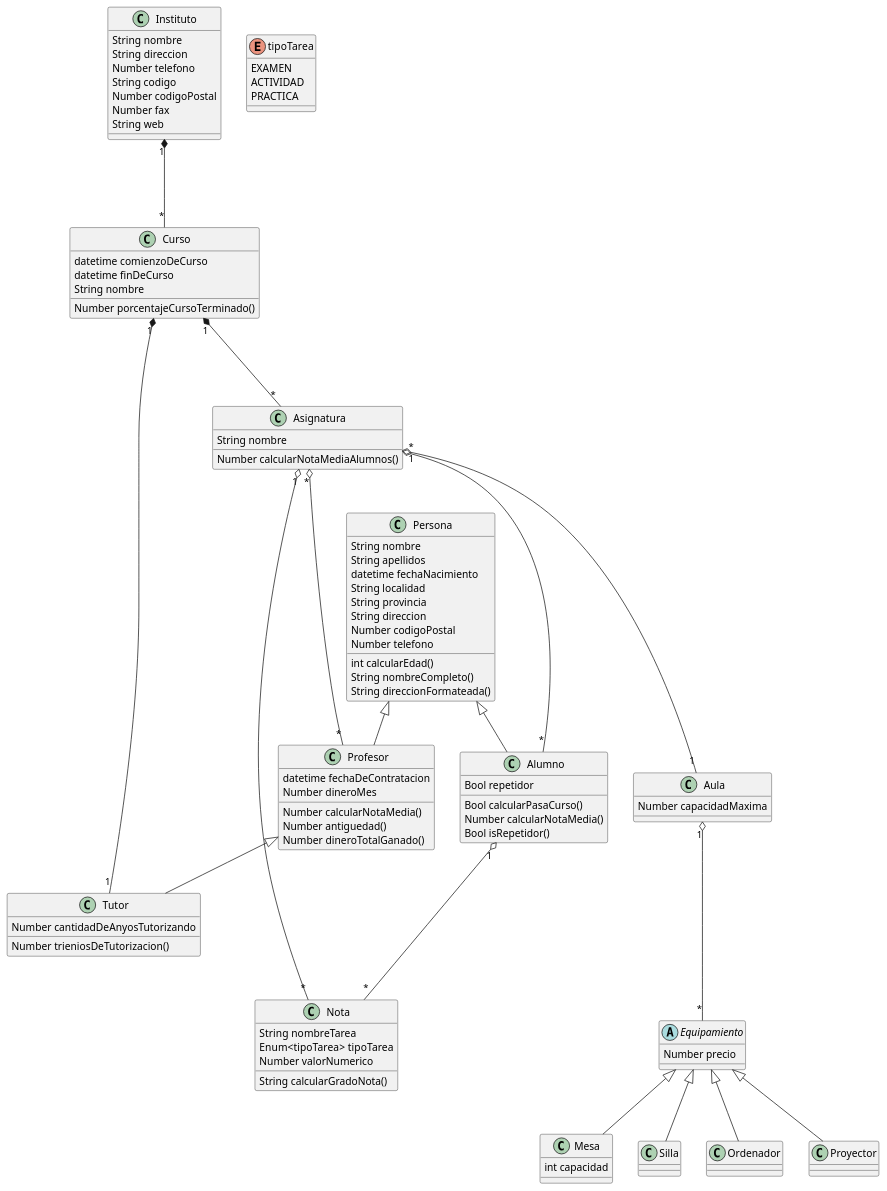
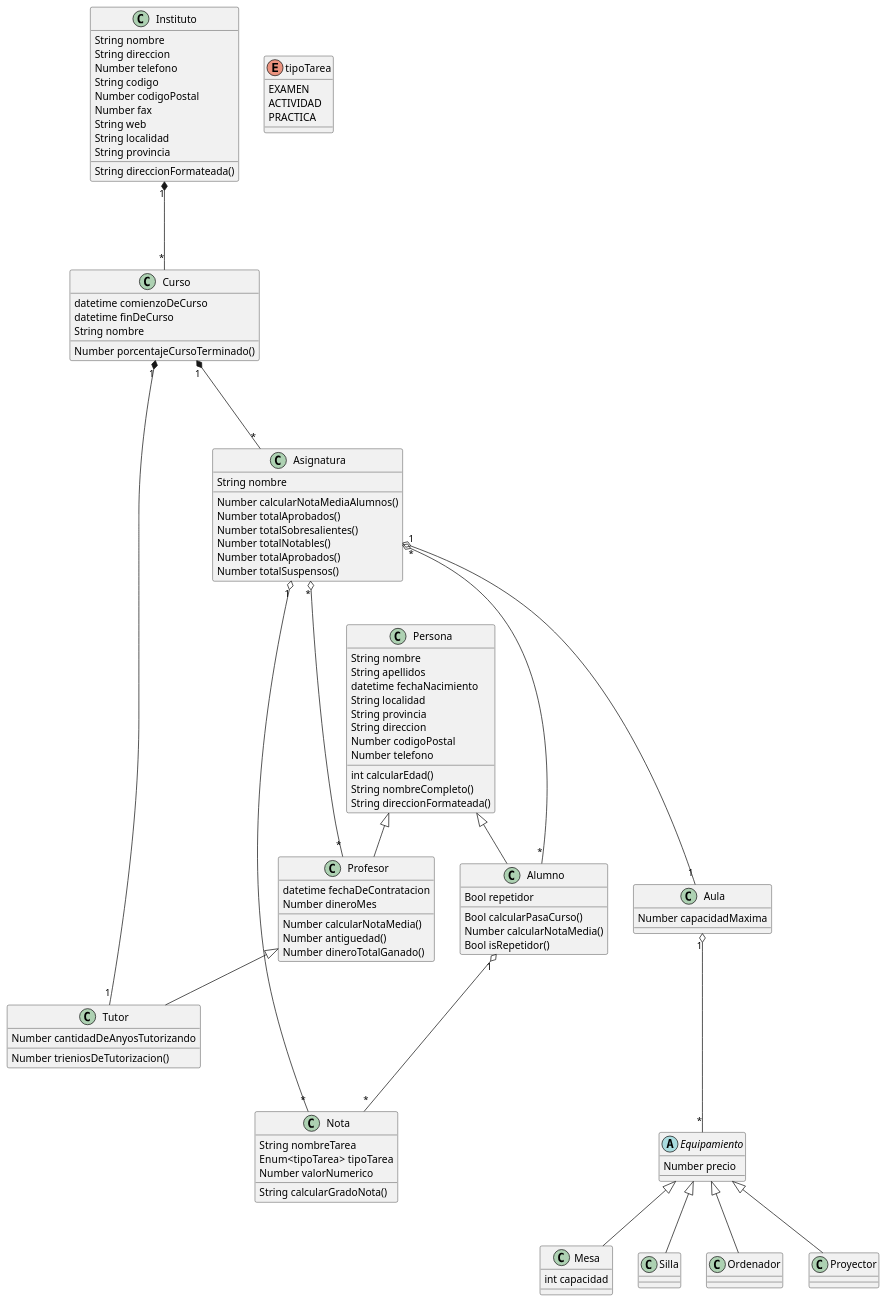
The diagram in uml/DiagramaClases.puml (manelme/alandalus_pyc2), drawn with PlantUML before and after one commit.

```diff
--- a/uml/DiagramaClases.puml
+++ b/uml/DiagramaClases.puml
@@ -1,95 +1,103 @@
 @startuml DiagramaClases
 
 Instituto "1" *--- "*" Curso
 Curso "1" *--- "*" Asignatura
 Curso  "1" *--- "1" Tutor
 Asignatura "*" o--- "*" Profesor
 Asignatura "*" o--- "*" Alumno
 Asignatura "1" o--- "1" Aula
 Aula "1" o--- "*" Equipamiento
 Alumno "1" o--- "*" Nota
 Asignatura "1" o--- "*" Nota
 
 Persona <|-- Profesor
 Persona <|-- Alumno
 Profesor <|-- Tutor
 Equipamiento <|-- Mesa
 Equipamiento <|-- Silla
 Equipamiento <|-- Ordenador
 Equipamiento <|-- Proyector
 
 
 class Persona {
     String nombre
     String apellidos
     datetime fechaNacimiento
     String localidad
     String provincia
     String direccion
     Number codigoPostal
     Number telefono
     int calcularEdad()
     String nombreCompleto()
     String direccionFormateada()
 }
 class Alumno {
     Bool repetidor
     Bool calcularPasaCurso()
     Number calcularNotaMedia()
     Bool isRepetidor()
 }
 class Profesor {
     datetime fechaDeContratacion
     Number dineroMes
     Number calcularNotaMedia()
     Number antiguedad()
     Number dineroTotalGanado()
 }
 class Tutor {
     Number cantidadDeAnyosTutorizando
     Number trieniosDeTutorizacion()
 }
 class Instituto {
     String nombre
     String direccion
     Number telefono
     String codigo
     Number codigoPostal
     Number fax
     String web
+    String localidad
+    String provincia
+    String direccionFormateada()
 }
 class Asignatura {
     String nombre
     Number calcularNotaMediaAlumnos()
+    Number totalAprobados()
+    Number totalSobresalientes()
+    Number totalNotables()
+    Number totalAprobados()
+    Number totalSuspensos()
 }
 class Curso {
     datetime comienzoDeCurso
     datetime finDeCurso
     String nombre
     Number porcentajeCursoTerminado()
 }
 class Aula {
     Number capacidadMaxima
     
 }
 class Nota {
     String nombreTarea
     Enum<tipoTarea> tipoTarea
     Number valorNumerico
     String calcularGradoNota()
 }
 enum tipoTarea {
   EXAMEN
   ACTIVIDAD
   PRACTICA
 }
 abstract Equipamiento {
     Number precio
 }
 class Mesa{
     int capacidad
 }
 class Silla{
 
 }
 @enduml
```
